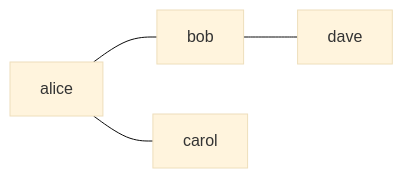
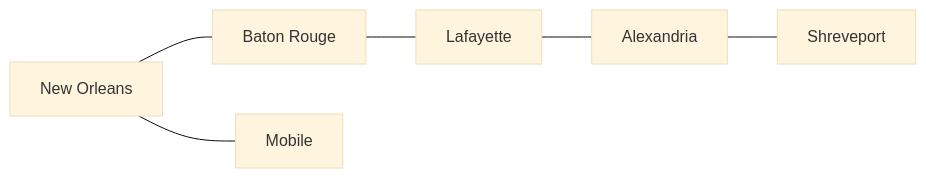
One commit to qgjones9/python-programming-guide changed the second of 12 diagrams in docs/dsa/data-structures/graphs/index.md. Above: the diagram before and after it, drawn with Mermaid (base theme). The commit also changed other lines of this file and 18 other files, not shown here.

````diff
--- a/docs/dsa/data-structures/graphs/index.md
+++ b/docs/dsa/data-structures/graphs/index.md
@@ -31,6 +128,8 @@
 ```mermaid
 flowchart LR
-  A["alice"] --- B["bob"]
-  A --- C["carol"]
-  B --- D["dave"]
+  new_orleans["New Orleans"] --- baton_rouge["Baton Rouge"]
+  new_orleans --- mobile["Mobile"]
+  baton_rouge --- lafayette["Lafayette"]
+  lafayette --- alexandria["Alexandria"]
+  alexandria --- shreveport["Shreveport"]
 ```
````
